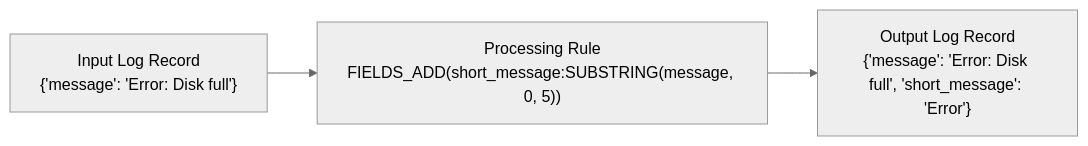
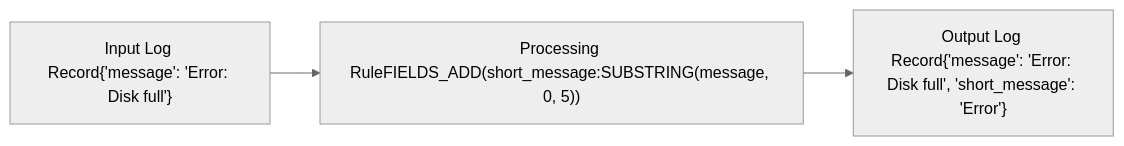
Before and after one commit to Marc-Nueno-Montolio/EC_onsite: diagram 17 of 18 in app/courses/01-log-monitoring/sections/05-create-log-processing-rules/content.md, drawn with Mermaid (neutral theme). The commit also changed other lines of this file and 7 other files, not shown here.

````diff
--- a/app/courses/01-log-monitoring/sections/05-create-log-processing-rules/content.md
+++ b/app/courses/01-log-monitoring/sections/05-create-log-processing-rules/content.md
@@ -217,6 +223,6 @@
-	```mermaid
-	graph LR
-	    id1["Input Log Record<br>{'message': 'Error: Disk full'}"] -->
-	    id2["Processing Rule<br>FIELDS_ADD(short_message:SUBSTRING(message, 0, 5))"] -->
-	    id3["Output Log Record<br>{'message': 'Error: Disk full', 'short_message': 'Error'}"]
-	```
+```mermaid
+graph LR
+	id1["Input Log Record{'message': 'Error: Disk full'}"] -->
+	id2["Processing RuleFIELDS_ADD(short_message:SUBSTRING(message, 0, 5))"] -->
+	id3["Output Log Record{'message': 'Error: Disk full', 'short_message': 'Error'}"]
+```
````
